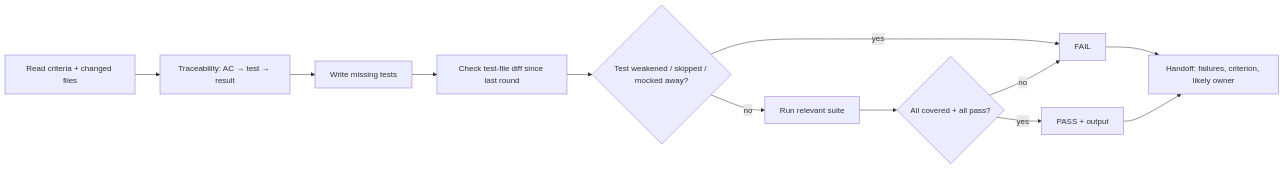
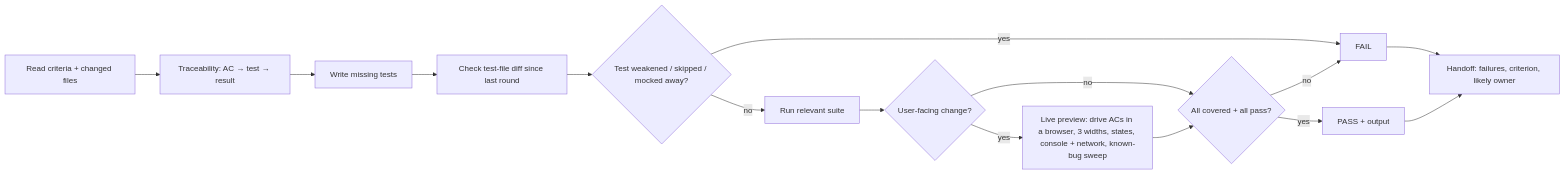
One commit to Tuan-Quyen/technical-teams changed the diagram in agents/qa.md. Above: the diagram before and after it, drawn with Mermaid. The commit also changed other lines of this file and 22 other files, not shown here.

First line of the commit message:
Add designer role and live-preview QA skill

````diff
--- a/agents/qa.md
+++ b/agents/qa.md
@@ -22,14 +24,17 @@
 ```mermaid
 flowchart LR
   A[Read criteria + changed files] --> B[Traceability: AC → test → result]
   B --> C[Write missing tests]
   C --> D[Check test-file diff since last round]
   D --> E{Test weakened / skipped / mocked away?}
   E -- yes --> F[FAIL]
   E -- no --> G[Run relevant suite]
-  G --> H{All covered + all pass?}
+  G --> UI{User-facing change?}
+  UI -- yes --> LP[Live preview: drive ACs in a browser, 3 widths, states, console + network, known-bug sweep]
+  UI -- no --> H
+  LP --> H{All covered + all pass?}
   H -- yes --> P[PASS + output]
   H -- no --> F
   F --> J[Handoff: failures, criterion, likely owner]
   P --> J
 ```
````
